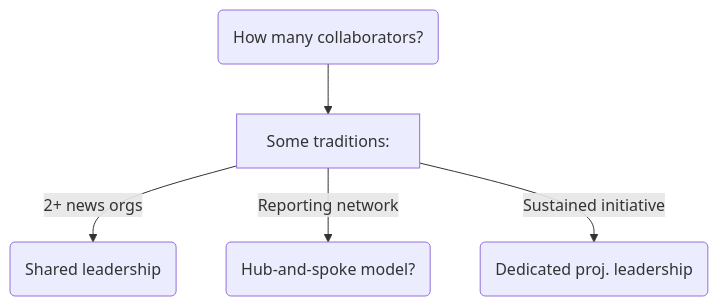
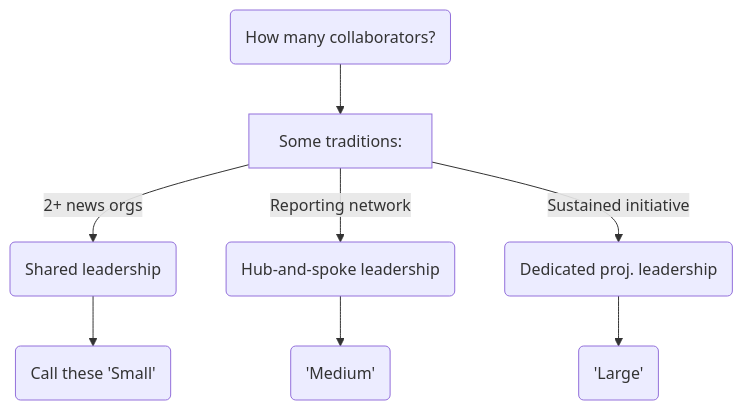
One commit to tiffehr/collaboration-capstone changed the first of 4 diagrams in docs/README.md. Above: the diagram before and after it, drawn with Mermaid. The commit also changed other lines of this file, not shown here.

Commit message:
stubs for Small, Medium and Large diagrams

```diff
--- a/docs/README.md
+++ b/docs/README.md
@@ -19,7 +19,10 @@
 <div class="mermaid">
 graph TD
   A(How many collaborators?) --> B[Some traditions:]
     B -->|2+ news orgs| b1(Shared leadership)
-    B -->|Reporting network| b2(Hub-and-spoke model?)
+      b1 --> sm(Call these 'Small')
+    B -->|Reporting network| b2(Hub-and-spoke leadership)
+      b2 --> md('Medium')
     B -->|Sustained initiative| b3(Dedicated proj. leadership)
+      b3 --> lg('Large')
 </div>
```
